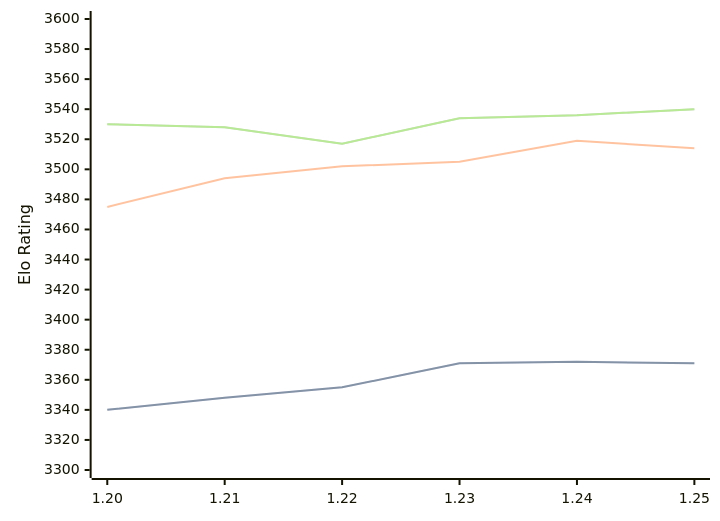
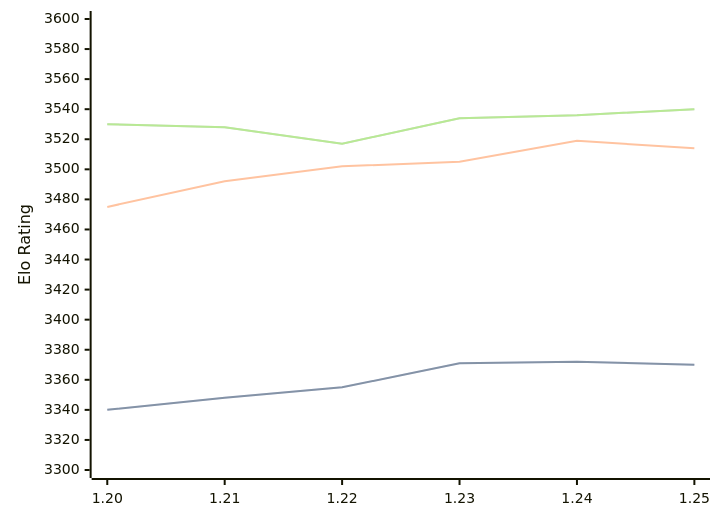
One commit to computer-chess-index/cci changed the first of 3 diagrams in engines/Caissa.md. Above: the diagram before and after it, drawn with Mermaid. The commit also changed other lines of this file, not shown here.

````diff
--- a/engines/Caissa.md
+++ b/engines/Caissa.md
@@ -65,11 +65,11 @@
 ```mermaid
 %%{init: {"theme":"base","themeVariables":{"seriesColors:['#a3a3a3','#222221','#faa371']}}}%%
 xychart-beta
   x-axis ["1.20", "1.21", "1.22", "1.23", "1.24", "1.25"]
   y-axis "Elo Rating" 3300 --> 3600
-  line "STC (8.0+0.08s)" [3340, 3348, 3355, 3371, 3372, 3371]
-  line "STC (8.0+0.08s)" [3340, 3348, 3355, 3371, 3372, 3371]
-  line "LTC (60.0+0.60s)" [3475, 3494, 3502, 3505, 3519, 3514]
+  line "STC (8.0+0.08s)" [3340, 3348, 3355, 3371, 3372, 3370]
+  line "STC (8.0+0.08s)" [3340, 3348, 3355, 3371, 3372, 3370]
+  line "LTC (60.0+0.60s)" [3475, 3492, 3502, 3505, 3519, 3514]
   line "VLTC (2m24s+1.12s)" [3530, 3528, 3517, 3534, 3536, 3540]
   line "VLTC (2m24s+1.12s)" [3530, 3528, 3517, 3534, 3536, 3540]
 ```
````
